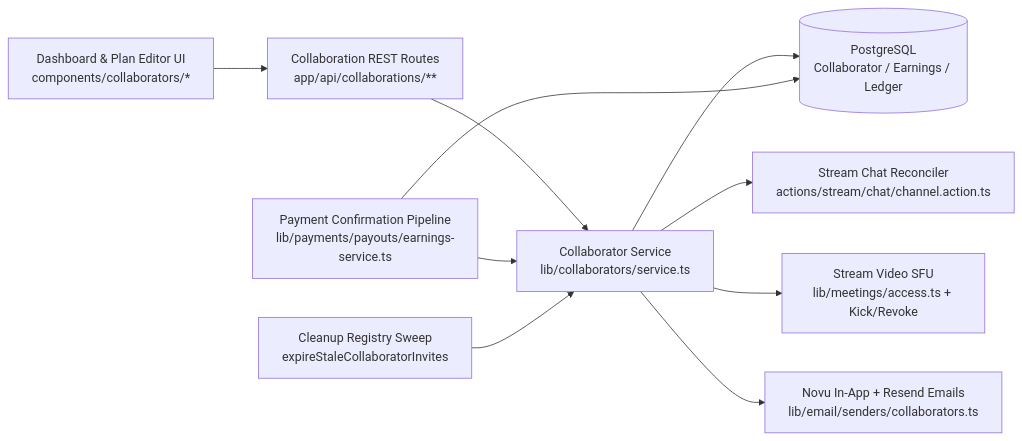
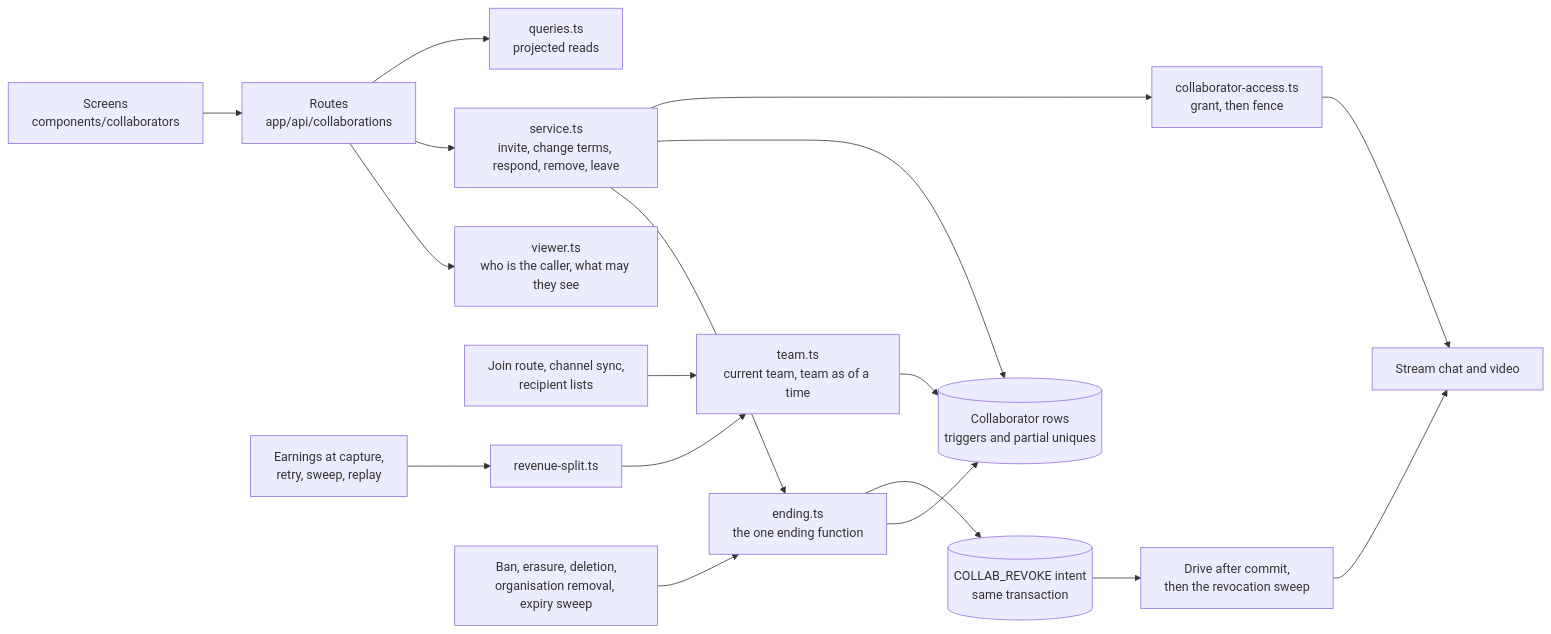
One commit to Practitionist/familiarise_web changed the diagram in docs/collaborators/00-overview.md. Above: the diagram before and after it, drawn with Mermaid. The commit also changed other lines of this file, not shown here.

Commit message:
docs(collaborators): the overview states the one source of truth, the modules and the invariants

````diff
--- a/docs/collaborators/00-overview.md
+++ b/docs/collaborators/00-overview.md
@@ -11,12 +40,20 @@
 ```mermaid
 flowchart LR
-    UI["Dashboard & Plan Editor UI\ncomponents/collaborators/*"] --> API["Collaboration REST Routes\napp/api/collaborations/**"]
-    API --> SVC["Collaborator Service\nlib/collaborators/service.ts"]
-    SVC --> DB[("PostgreSQL\nCollaborator / Earnings / Ledger")]
-    SVC --> CHAT["Stream Chat Reconciler\nactions/stream/chat/channel.action.ts"]
-    SVC --> VIDEO["Stream Video SFU\nlib/meetings/access.ts + Kick/Revoke"]
-    SVC --> NOTIF["Novu In-App + Resend Emails\nlib/email/senders/collaborators.ts"]
-    PAY["Payment Confirmation Pipeline\nlib/payments/payouts/earnings-service.ts"] --> SVC
-    PAY --> DB
-    CRON["Cleanup Registry Sweep\nexpireStaleCollaboratorInvites"] --> SVC
+    UI["Screens<br/>components/collaborators"] --> API["Routes<br/>app/api/collaborations"]
+    API --> VIEW["viewer.ts<br/>who is the caller, what may they see"]
+    API --> SVC["service.ts<br/>invite, change terms, respond, remove, leave"]
+    API --> Q["queries.ts<br/>projected reads"]
+    SVC --> END["ending.ts<br/>the one ending function"]
+    SVC --> DB[("Collaborator rows<br/>triggers and partial uniques")]
+    END --> DB
+    END --> INTENT[("COLLAB_REVOKE intent<br/>same transaction")]
+    INTENT --> DRIVE["Drive after commit,<br/>then the revocation sweep"]
+    DRIVE --> STREAM["Stream chat and video"]
+    SVC --> GRANT["collaborator-access.ts<br/>grant, then fence"]
+    GRANT --> STREAM
+    GATES["Join route, channel sync,<br/>recipient lists"] --> TEAM["team.ts<br/>current team, team as of a time"]
+    MONEY["Earnings at capture,<br/>retry, sweep, replay"] --> SPLIT["revenue-split.ts"]
+    SPLIT --> TEAM
+    TEAM --> DB
+    OTHER["Ban, erasure, deletion,<br/>organisation removal, expiry sweep"] --> END
 ```
````
